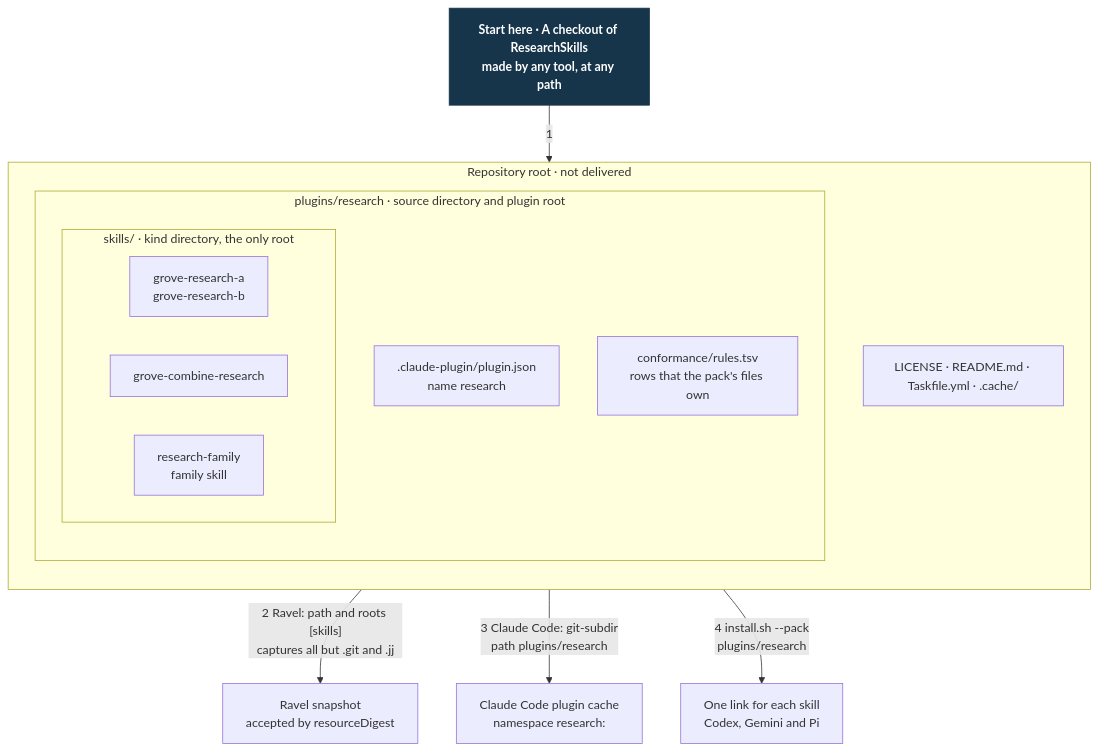
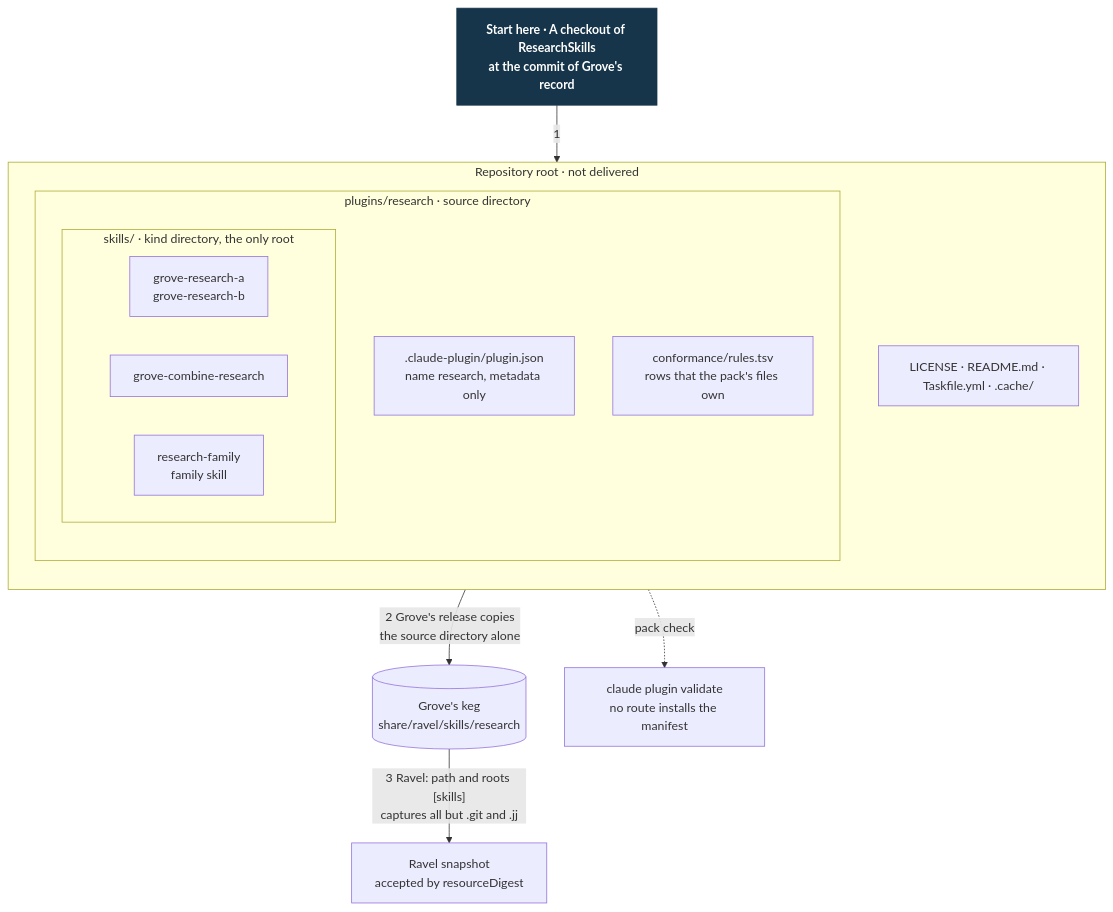
One commit to Linkuistics/grove changed the diagram in docs/design/external-pack-contract/layout.mmd. Above: the diagram before and after it, drawn with Mermaid. The commit also changed 44 other files, not shown here.

```diff
--- a/docs/design/external-pack-contract/layout.mmd
+++ b/docs/design/external-pack-contract/layout.mmd
@@ -1,26 +1,26 @@
 flowchart TB
-    A["Start here · A checkout of ResearchSkills<br/>made by any tool, at any path"]
+    A["Start here · A checkout of ResearchSkills<br/>at the commit of Grove's record"]
     subgraph repo["Repository root · not delivered"]
         direction TB
         R1["LICENSE · README.md · Taskfile.yml · .cache/"]
-        subgraph src["plugins/research · source directory and plugin root"]
+        subgraph src["plugins/research · source directory"]
             direction TB
-            M[".claude-plugin/plugin.json<br/>name research"]
+            M[".claude-plugin/plugin.json<br/>name research, metadata only"]
             C["conformance/rules.tsv<br/>rows that the pack's files own"]
             subgraph kd["skills/ · kind directory, the only root"]
                 direction LR
                 K1["grove-research-a<br/>grove-research-b"]
                 K3["grove-combine-research"]
                 F["research-family<br/>family skill"]
             end
         end
     end
+    KG[("Grove's keg<br/>share/ravel/skills/research")]
     RV["Ravel snapshot<br/>accepted by resourceDigest"]
-    CC["Claude Code plugin cache<br/>namespace research:"]
-    SL["One link for each skill<br/>Codex, Gemini and Pi"]
+    V["claude plugin validate<br/>no route installs the manifest"]
     A -->|1| repo
-    src -->|"2 Ravel: path and roots [skills]<br/>captures all but .git and .jj"| RV
-    src -->|"3 Claude Code: git-subdir<br/>path plugins/research"| CC
-    kd -->|"4 install.sh --pack<br/>plugins/research"| SL
+    src -->|"2 Grove's release copies<br/>the source directory alone"| KG
+    KG -->|"3 Ravel: path and roots [skills]<br/>captures all but .git and .jj"| RV
+    M -.->|"pack check"| V
     classDef start fill:#16354a,color:#fff,stroke:#16354a,font-weight:bold
     class A start
```
